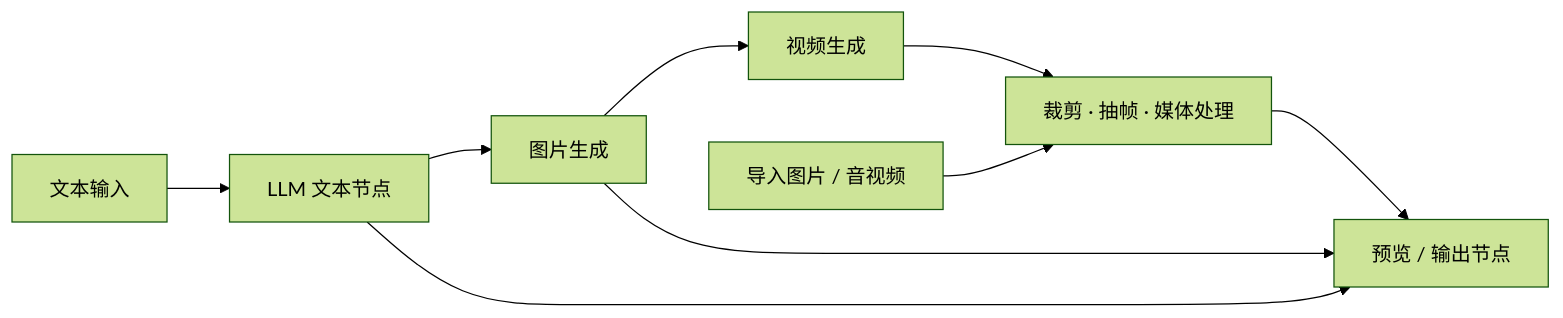
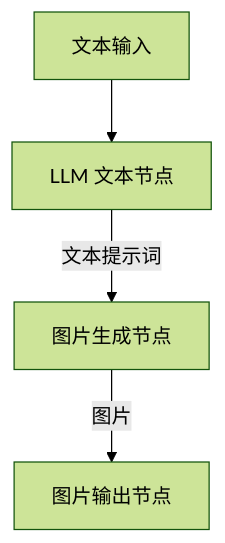
One commit to GTJasonMK/A4N changed the tenth of 18 diagrams in README.md. Above: the diagram before and after it, drawn with Mermaid (forest theme). The commit also changed other lines of this file and 2 other files, not shown here.

First line of the commit message:
docs: fix README diagram flows and mobile readability

````diff
--- a/README.md
+++ b/README.md
@@ -175,13 +182,8 @@
 ```mermaid
-flowchart LR
-  accTitle: 自由画布的节点工作流
-  accDescr: 文本和媒体作为节点输入，经过模型生成或媒体处理，再预览与输出；实际流程由用户连接的节点决定。
+flowchart TB
+  accTitle: 自由画布的文本与图片生成示例
+  accDescr: 文本输入经 LLM 整理为提示词，再进入图片生成并连接图片输出。这是满足节点端口类型的一个示例，视频生成另需文本提示词及所选模式要求的图像输入。
   text["文本输入"] --> llm["LLM 文本节点"]
-  llm --> image["图片生成"]
-  image --> video["视频生成"]
-  imported["导入图片 / 音视频"] --> process["裁剪 · 抽帧 · 媒体处理"]
-  video --> process
-  process --> output["预览 / 输出节点"]
-  llm --> output
-  image --> output
+  llm -->|文本提示词| image["图片生成节点"]
+  image -->|图片| output["图片输出节点"]
 ```
````
